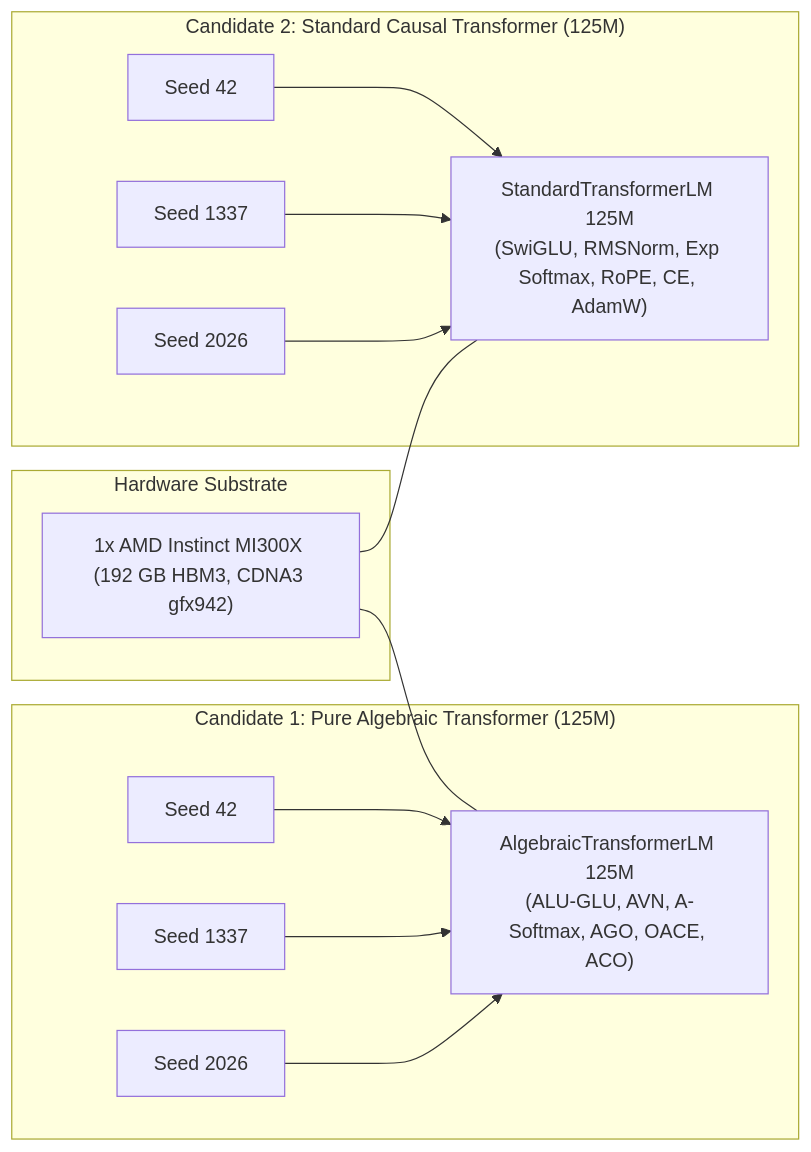
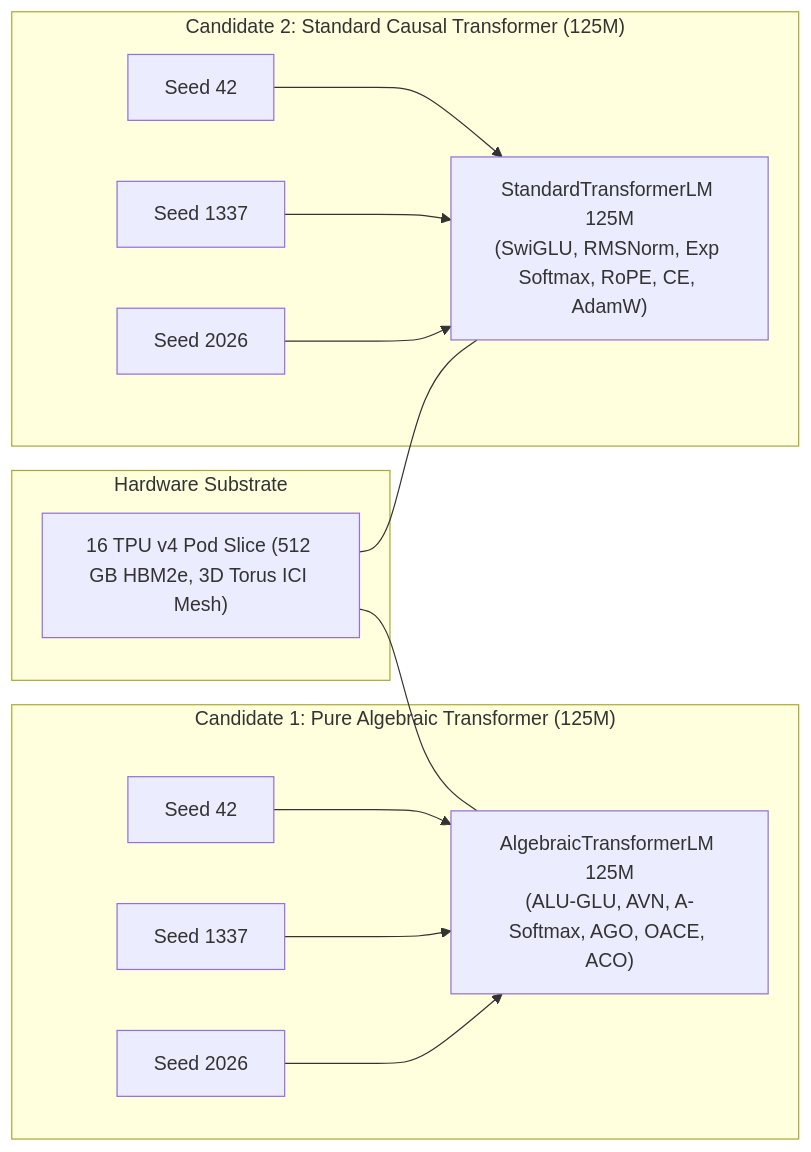
One commit to tasmaikeni13/algebraic-intelligence changed the diagram in phases/phase8.md. Above: the diagram before and after it, drawn with Mermaid. The commit also changed other lines of this file and 12 other files, not shown here.

Commit message:
refactor(phases): adapt protocols for bidirectional dependency cascading and migrate hardware substrate to 16 TPU v4 Pod

````diff
--- a/phases/phase8.md
+++ b/phases/phase8.md
@@ -22,23 +22,23 @@
 ```mermaid
 graph LR
     subgraph "Hardware Substrate"
-        GPU["1x AMD Instinct MI300X (192 GB HBM3, CDNA3 gfx942)"]
+        TPU["16 TPU v4 Pod Slice (512 GB HBM2e, 3D Torus ICI Mesh)"]
     end
 
     subgraph "Candidate 1: Pure Algebraic Transformer (125M)"
         M1["AlgebraicTransformerLM 125M<br/>(ALU-GLU, AVN, A-Softmax, AGO, OACE, ACO)"]
         S1a["Seed 42"] --> M1
         S1b["Seed 1337"] --> M1
         S1c["Seed 2026"] --> M1
     end
 
     subgraph "Candidate 2: Standard Causal Transformer (125M)"
         M2["StandardTransformerLM 125M<br/>(SwiGLU, RMSNorm, Exp Softmax, RoPE, CE, AdamW)"]
         S2a["Seed 42"] --> M2
         S2b["Seed 1337"] --> M2
         S2c["Seed 2026"] --> M2
     end
 
-    GPU --- M1
-    GPU --- M2
+    TPU --- M1
+    TPU --- M2
 ```
````
